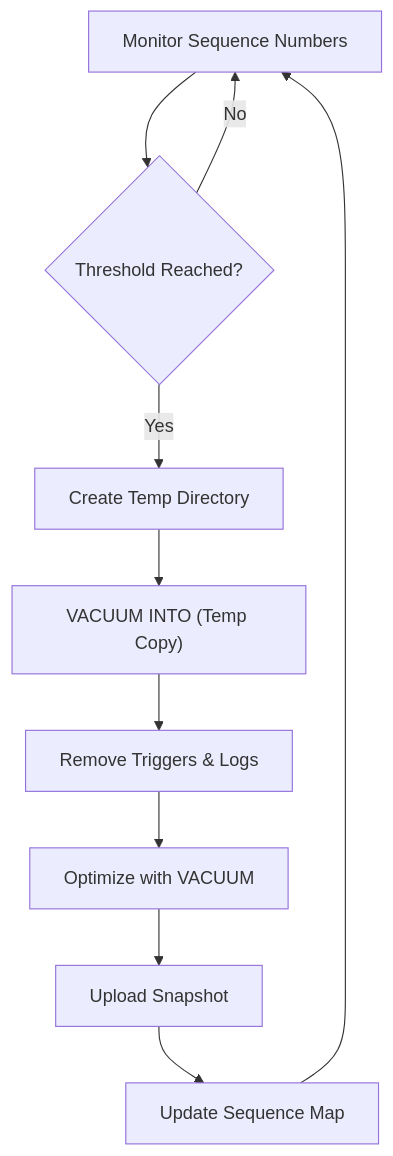
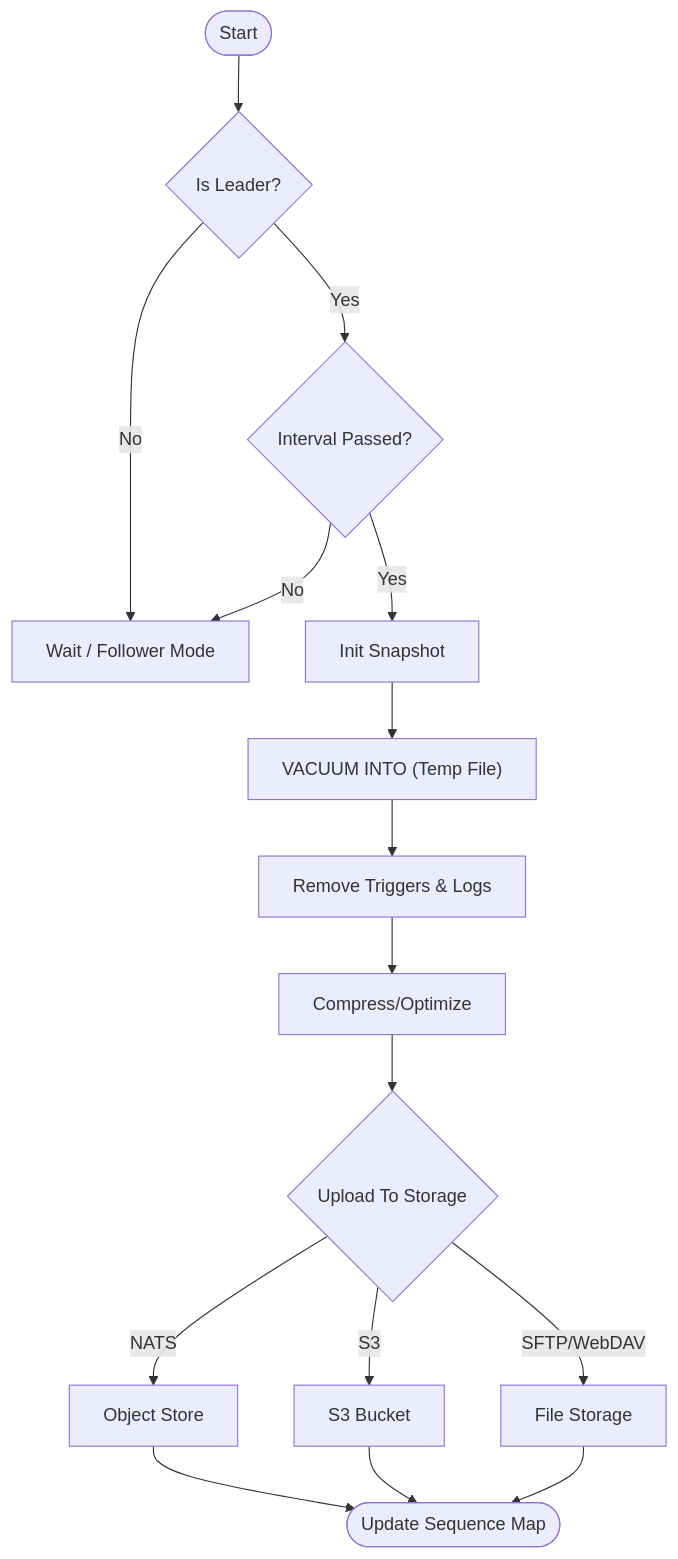
The sixth of 7 diagrams in docs/docs/architecture.md (wongfei2009/harmonylite), drawn with Mermaid before and after one commit. The commit also changed other lines of this file, not shown here.

Commit message:
docs: improve architecture diagrams

````diff
--- a/docs/docs/architecture.md
+++ b/docs/docs/architecture.md
@@ -204,12 +276,22 @@
 ```mermaid
 graph TB
-    A[Monitor Sequence Numbers] --> B{Threshold Reached?}
-    B -->|Yes| C[Create Temp Directory]
-    B -->|No| A
-    C --> D["VACUUM INTO (Temp Copy)"]
-    D --> E[Remove Triggers & Logs]
-    E --> F[Optimize with VACUUM]
-    F --> G[Upload Snapshot]
-    G --> H[Update Sequence Map]
-    H --> A
+    Start([Start]) --> LeaderEx{Is Leader?}
+    LeaderEx -->|No| Wait[Wait / Follower Mode]
+    LeaderEx -->|Yes| CheckTime{Interval Passed?}
+    
+    CheckTime -->|No| Wait
+    CheckTime -->|Yes| Init[Init Snapshot]
+    
+    Init --> Backup["VACUUM INTO (Temp File)"]
+    Backup --> Sanitize[Remove Triggers & Logs]
+    Sanitize --> Compress[Compress/Optimize]
+    
+    Compress --> Upload{Upload To Storage}
+    Upload -->|NATS| ObjStore[Object Store]
+    Upload -->|S3| S3Bucket[S3 Bucket]
+    Upload -->|SFTP/WebDAV| FileStore[File Storage]
+    
+    ObjStore --> Finish([Update Sequence Map])
+    S3Bucket --> Finish
+    FileStore --> Finish
 ```
````
